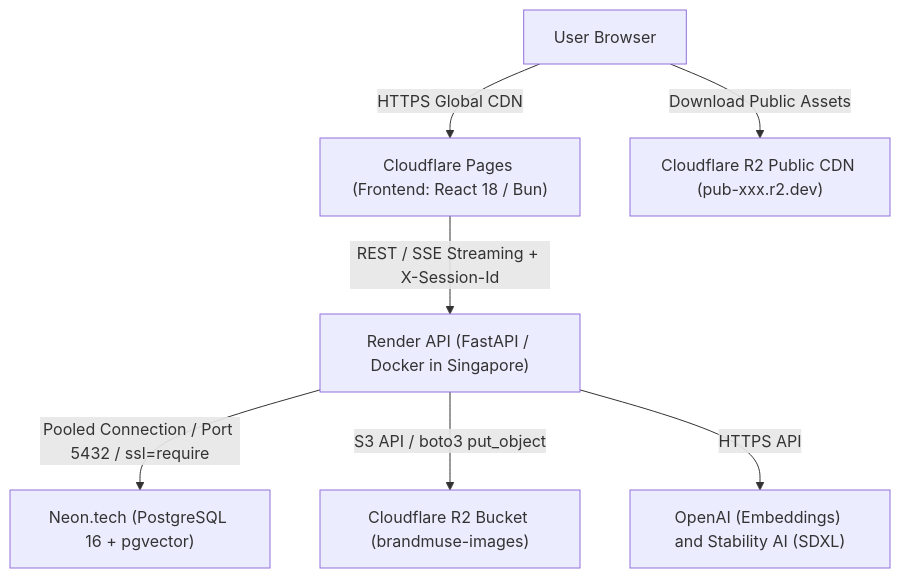
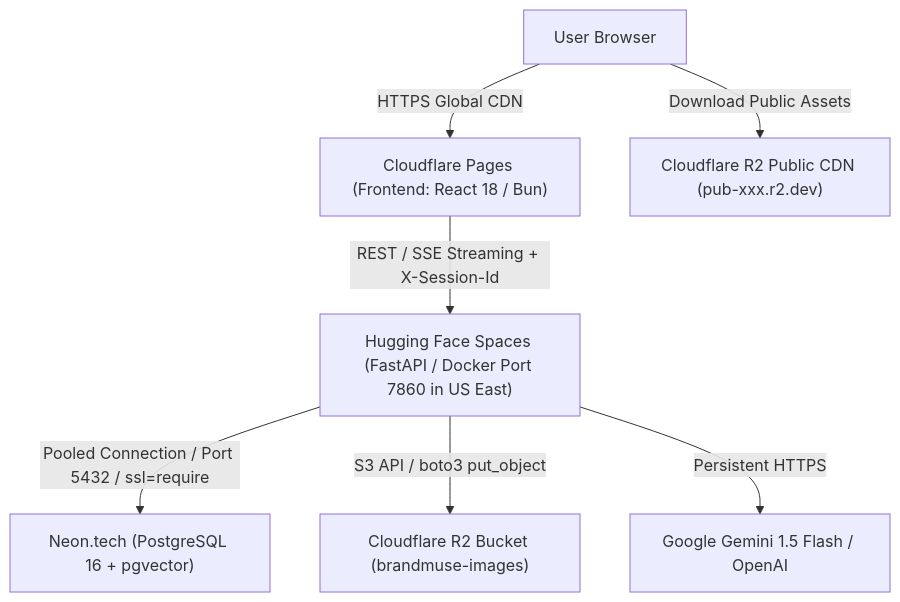
One commit to rflishrl/brandmuse changed the diagram in DEPLOYMENT_NEON_R2.md. Above: the diagram before and after it, drawn with Mermaid. The commit also changed other lines of this file and 70 other files, not shown here.

First line of the commit message:
Migrate backend deployment to Hugging Face Spaces and add performance optimizations

````diff
--- a/DEPLOYMENT_NEON_R2.md
+++ b/DEPLOYMENT_NEON_R2.md
@@ -13,9 +13,9 @@
 ```mermaid
 graph TD
     User["User Browser"] -->|HTTPS Global CDN| Pages["Cloudflare Pages (Frontend: React 18 / Bun)"]
-    Pages -->|REST / SSE Streaming + X-Session-Id| Render["Render API (FastAPI / Docker in Singapore)"]
-    Render -->|Pooled Connection / Port 5432 / ssl=require| Neon["Neon.tech (PostgreSQL 16 + pgvector)"]
-    Render -->|S3 API / boto3 put_object| R2["Cloudflare R2 Bucket (brandmuse-images)"]
-    Render -->|HTTPS API| AI["OpenAI (Embeddings) and Stability AI (SDXL)"]
+    Pages -->|REST / SSE Streaming + X-Session-Id| HF["Hugging Face Spaces (FastAPI / Docker Port 7860 in US East)"]
+    HF -->|Pooled Connection / Port 5432 / ssl=require| Neon["Neon.tech (PostgreSQL 16 + pgvector)"]
+    HF -->|S3 API / boto3 put_object| R2["Cloudflare R2 Bucket (brandmuse-images)"]
+    HF -->|Persistent HTTPS| AI["Google Gemini 1.5 Flash / OpenAI"]
     User -->|Download Public Assets| R2Public["Cloudflare R2 Public CDN (pub-xxx.r2.dev)"]
 ```
````
